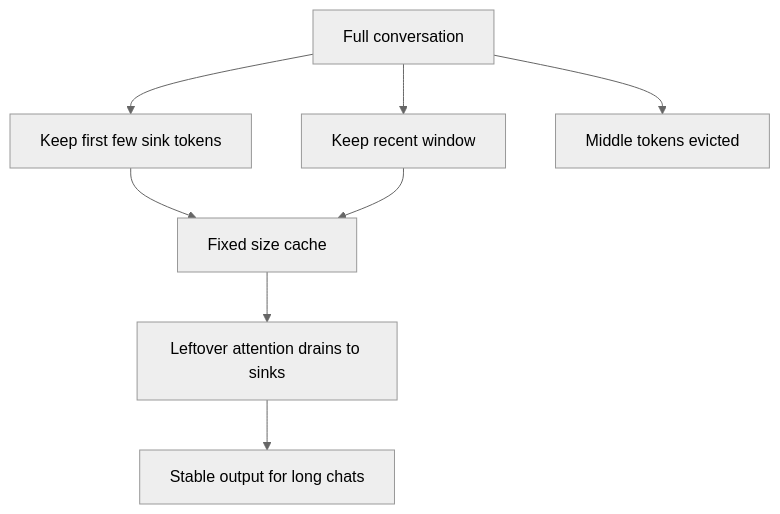
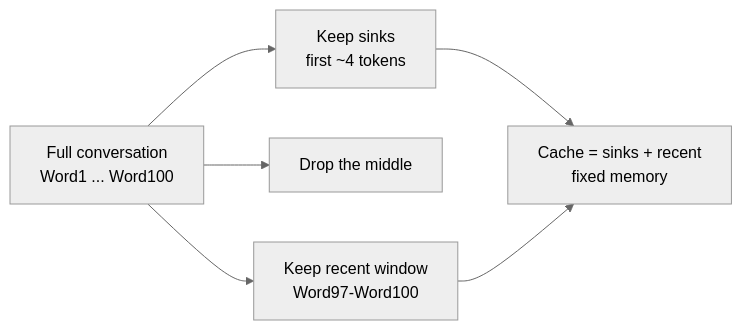
One commit to kaisarnajar/outcome-school-blogs changed the second of 2 diagrams in notes/step-05-modern-llm-architecture/074-how-do-attention-sinks-work.md. Above: the diagram before and after it, drawn with Mermaid (neutral theme). The commit also changed other lines of this file and 233 other files, not shown here.

````diff
--- a/notes/step-05-modern-llm-architecture/074-how-do-attention-sinks-work.md
+++ b/notes/step-05-modern-llm-architecture/074-how-do-attention-sinks-work.md
@@ -39,10 +57,8 @@
 ```mermaid
-flowchart TD
-    A["Full conversation"] --> B["Keep first few sink tokens"]
-    A --> C["Keep recent window"]
-    A --> D["Middle tokens evicted"]
-    B --> E["Fixed size cache"]
-    C --> E
-    E --> F["Leftover attention drains to sinks"]
-    F --> G["Stable output for long chats"]
+flowchart LR
+    F0["Full conversation<br/>Word1 ... Word100"] --> F1["Keep sinks<br/>first ~4 tokens"]
+    F0 --> F2["Drop the middle"]
+    F0 --> F3["Keep recent window<br/>Word97-Word100"]
+    F1 --> F4["Cache = sinks + recent<br/>fixed memory"]
+    F3 --> F4
 ```
````
